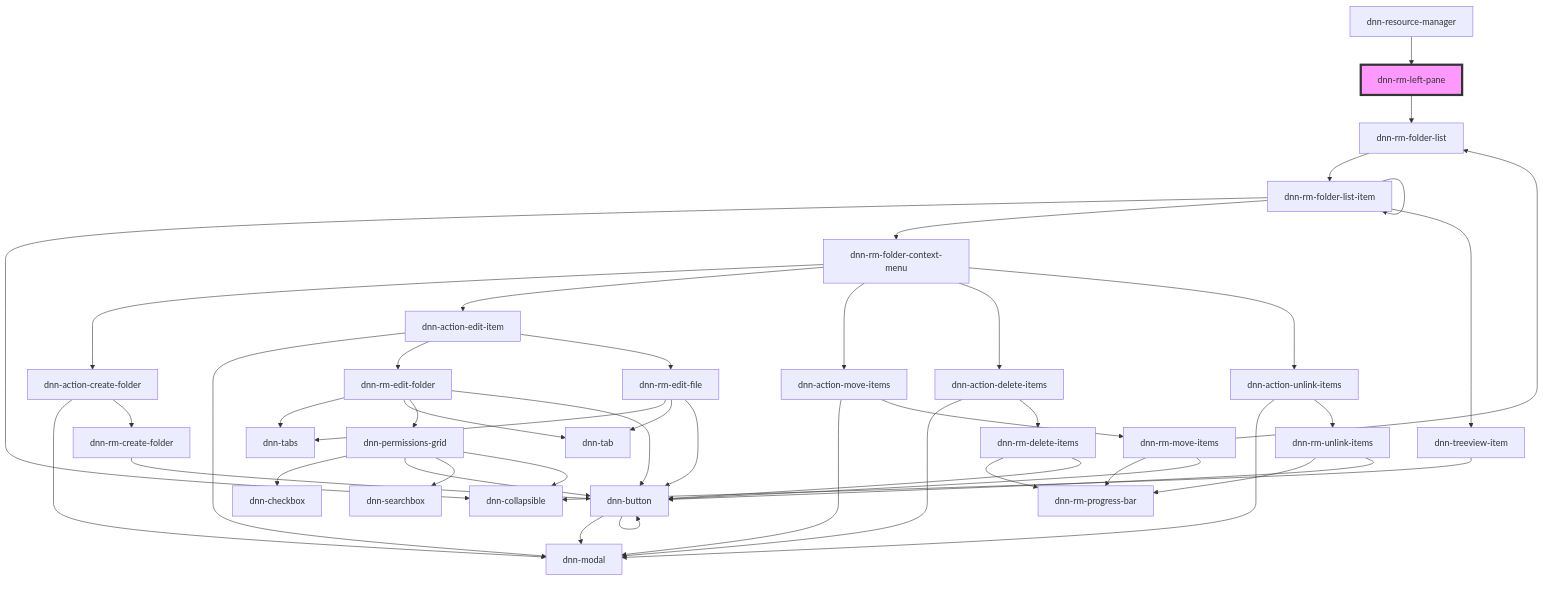
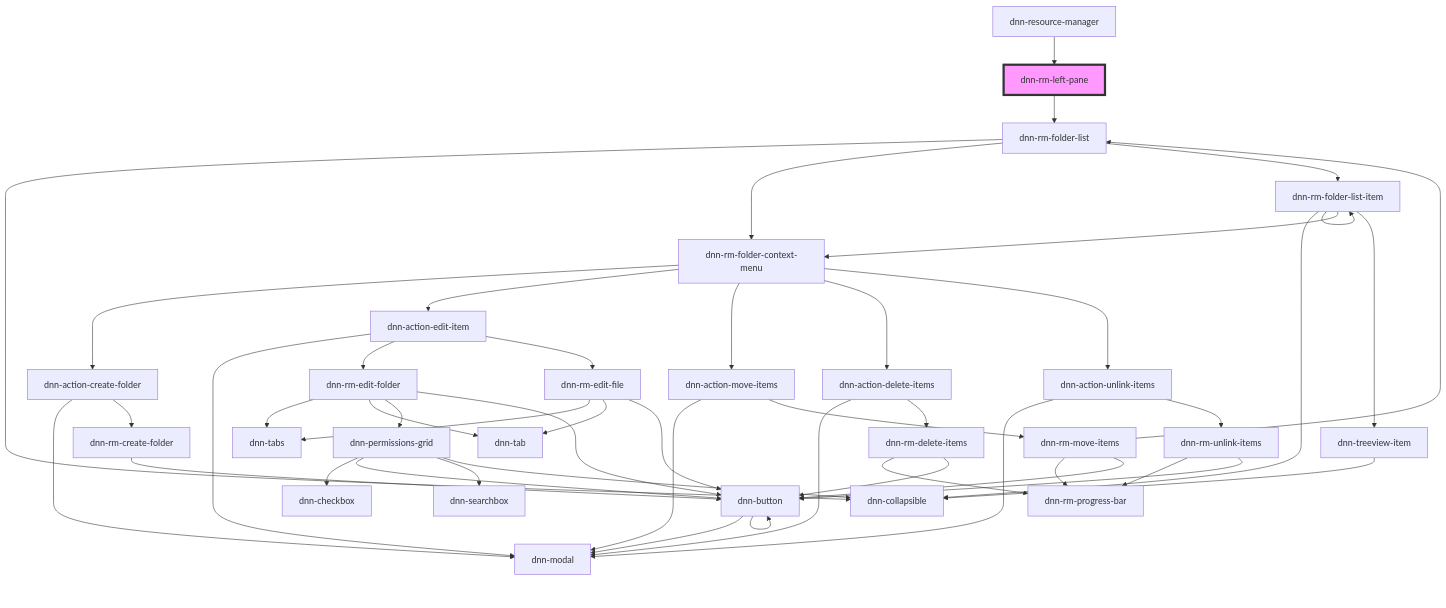
One commit to dnnsoftware/Dnn.Platform changed the diagram in DNN Platform/Modules/ResourceManager/ResourceManager.Web/src/components/dnn-rm-left-pane/readme.md. Above: the diagram before and after it, drawn with Mermaid. The commit also changed 11 other files, not shown here.

````diff
--- a/DNN Platform/Modules/ResourceManager/ResourceManager.Web/src/components/dnn-rm-left-pane/readme.md
+++ b/DNN Platform/Modules/ResourceManager/ResourceManager.Web/src/components/dnn-rm-left-pane/readme.md
@@ -19,49 +19,51 @@
 ```mermaid
 graph TD;
   dnn-rm-left-pane --> dnn-rm-folder-list
+  dnn-rm-folder-list --> dnn-collapsible
+  dnn-rm-folder-list --> dnn-rm-folder-context-menu
   dnn-rm-folder-list --> dnn-rm-folder-list-item
-  dnn-rm-folder-list-item --> dnn-collapsible
-  dnn-rm-folder-list-item --> dnn-rm-folder-context-menu
-  dnn-rm-folder-list-item --> dnn-treeview-item
-  dnn-rm-folder-list-item --> dnn-rm-folder-list-item
   dnn-rm-folder-context-menu --> dnn-action-create-folder
   dnn-rm-folder-context-menu --> dnn-action-edit-item
   dnn-rm-folder-context-menu --> dnn-action-move-items
   dnn-rm-folder-context-menu --> dnn-action-delete-items
   dnn-rm-folder-context-menu --> dnn-action-unlink-items
   dnn-action-create-folder --> dnn-modal
   dnn-action-create-folder --> dnn-rm-create-folder
   dnn-rm-create-folder --> dnn-button
   dnn-button --> dnn-modal
   dnn-button --> dnn-button
   dnn-action-edit-item --> dnn-modal
   dnn-action-edit-item --> dnn-rm-edit-folder
   dnn-action-edit-item --> dnn-rm-edit-file
   dnn-rm-edit-folder --> dnn-tabs
   dnn-rm-edit-folder --> dnn-tab
   dnn-rm-edit-folder --> dnn-permissions-grid
   dnn-rm-edit-folder --> dnn-button
   dnn-permissions-grid --> dnn-checkbox
   dnn-permissions-grid --> dnn-button
   dnn-permissions-grid --> dnn-searchbox
   dnn-permissions-grid --> dnn-collapsible
   dnn-rm-edit-file --> dnn-tabs
   dnn-rm-edit-file --> dnn-tab
   dnn-rm-edit-file --> dnn-button
   dnn-action-move-items --> dnn-modal
   dnn-action-move-items --> dnn-rm-move-items
   dnn-rm-move-items --> dnn-rm-folder-list
   dnn-rm-move-items --> dnn-rm-progress-bar
   dnn-rm-move-items --> dnn-button
   dnn-action-delete-items --> dnn-modal
   dnn-action-delete-items --> dnn-rm-delete-items
   dnn-rm-delete-items --> dnn-rm-progress-bar
   dnn-rm-delete-items --> dnn-button
   dnn-action-unlink-items --> dnn-modal
   dnn-action-unlink-items --> dnn-rm-unlink-items
   dnn-rm-unlink-items --> dnn-rm-progress-bar
   dnn-rm-unlink-items --> dnn-button
+  dnn-rm-folder-list-item --> dnn-collapsible
+  dnn-rm-folder-list-item --> dnn-rm-folder-context-menu
+  dnn-rm-folder-list-item --> dnn-treeview-item
+  dnn-rm-folder-list-item --> dnn-rm-folder-list-item
   dnn-treeview-item --> dnn-collapsible
   dnn-resource-manager --> dnn-rm-left-pane
   style dnn-rm-left-pane fill:#f9f,stroke:#333,stroke-width:4px
 ```
````
